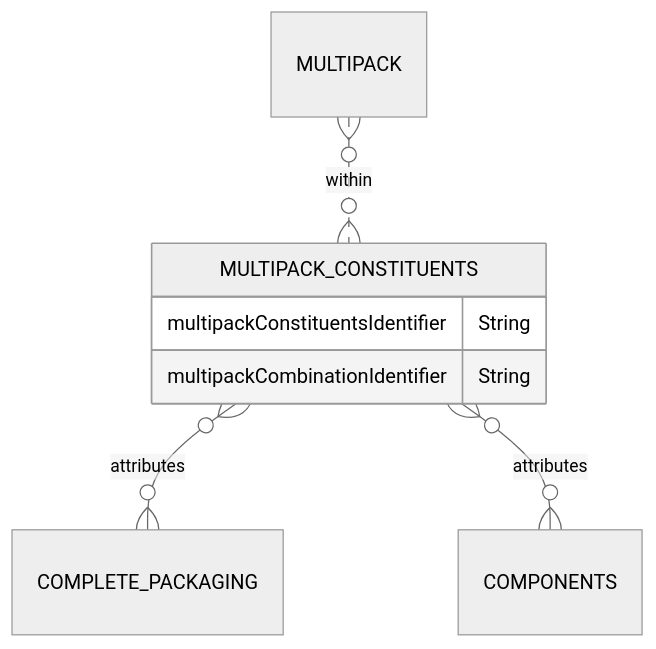
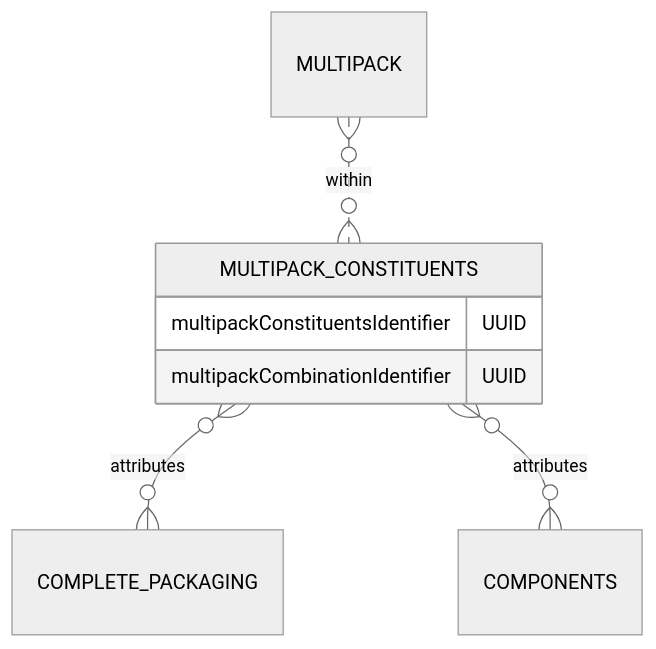
The diagram in docs/6_Relationship_Lists/6_004_Multipack_Constituents.md (OpenDataManchester/Open3P), drawn with Mermaid (neutral theme) before and after one commit. The commit also changed other lines of this file, not shown here.

Commit message:
Multipack Constituents to UUID from string

````diff
--- a/docs/6_Relationship_Lists/6_004_Multipack_Constituents.md
+++ b/docs/6_Relationship_Lists/6_004_Multipack_Constituents.md
@@ -18,11 +18,11 @@
 ``` mermaid
 erDiagram
 
   MULTIPACK }o..o{ MULTIPACK_CONSTITUENTS : within
   MULTIPACK_CONSTITUENTS {
-    multipackConstituentsIdentifier String
-    multipackCombinationIdentifier String
+    multipackConstituentsIdentifier UUID
+    multipackCombinationIdentifier UUID
   }
   MULTIPACK_CONSTITUENTS }o--o{ COMPLETE_PACKAGING : attributes
   MULTIPACK_CONSTITUENTS }o--o{ COMPONENTS : attributes
 ```
````
